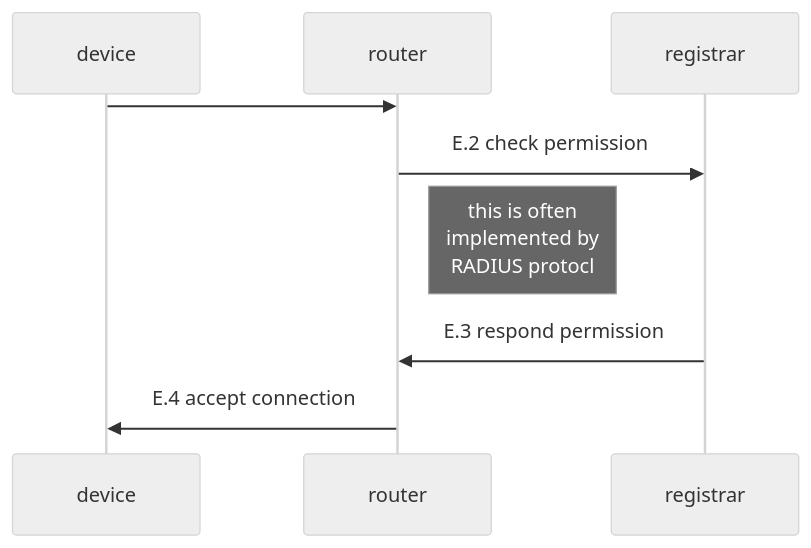
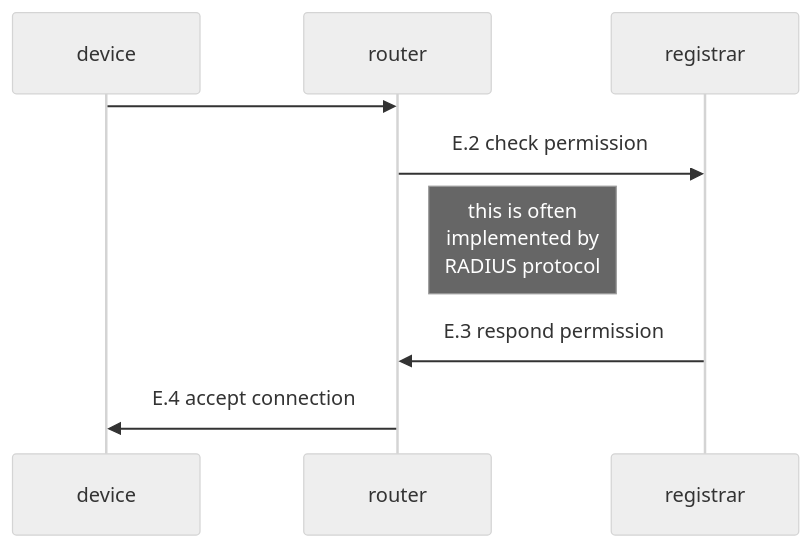
The fifth of 6 diagrams in packages/docusaurus/docs/build5-docs/20-prot-overview.md (nqminds/trustnetz), drawn with Mermaid (neutral theme) before and after one commit. The commit also changed other lines of this file and 11 other files, not shown here.

````diff
--- a/packages/docusaurus/docs/build5-docs/20-prot-overview.md
+++ b/packages/docusaurus/docs/build5-docs/20-prot-overview.md
@@ -326,18 +326,18 @@
 ```mermaid
     
 sequenceDiagram
     participant device
     participant router
     participant registrar
  
     
     device->>router: 
     
     router->>registrar: E.2 check permission
-    note right of router: this is often <br>implemented by <br>RADIUS protocl 
+    note right of router: this is often <br>implemented by <br>RADIUS protocol 
     registrar->>router: E.3 respond permission
     router->>device: E.4 accept connection 
     
    
 
 ```
````
